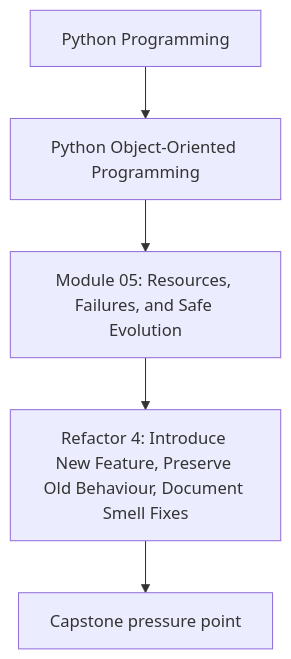
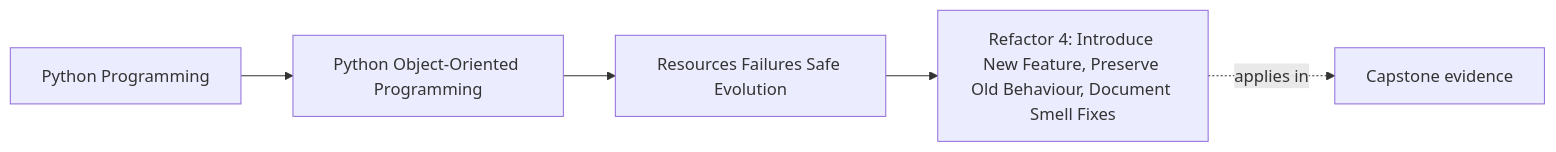
The first of 2 diagrams in programs/python-programming/python-object-oriented-programming/course-book/module-05-resources-failures-safe-evolution/refactor-new-feature-without-breaking-behavior.md (bijux/bijux-masterclass), drawn with Mermaid before and after one commit. The commit also changed other lines of this file and 103 other files, not shown here.

Commit message:
docs(python-object-oriented-programming): map sustainment and capstone surfaces

````diff
--- a/programs/python-programming/python-object-oriented-programming/course-book/module-05-resources-failures-safe-evolution/refactor-new-feature-without-breaking-behavior.md
+++ b/programs/python-programming/python-object-oriented-programming/course-book/module-05-resources-failures-safe-evolution/refactor-new-feature-without-breaking-behavior.md
@@ -7,7 +7,11 @@
 ```mermaid
-flowchart TD
-  family["Python Programming"] --> program["Python Object-Oriented Programming"]
-  program --> module["Module 05: Resources, Failures, and Safe Evolution"]
-  module --> concept["Refactor 4: Introduce New Feature, Preserve Old Behaviour, Document Smell Fixes"]
-  concept --> capstone["Capstone pressure point"]
+graph LR
+  family["Python Programming"]
+  program["Python Object-Oriented Programming"]
+  section["Resources Failures Safe Evolution"]
+  page["Refactor 4: Introduce New Feature, Preserve Old Behaviour, Document Smell Fixes"]
+  capstone["Capstone evidence"]
+
+  family --> program --> section --> page
+  page -.applies in.-> capstone
 ```
````
